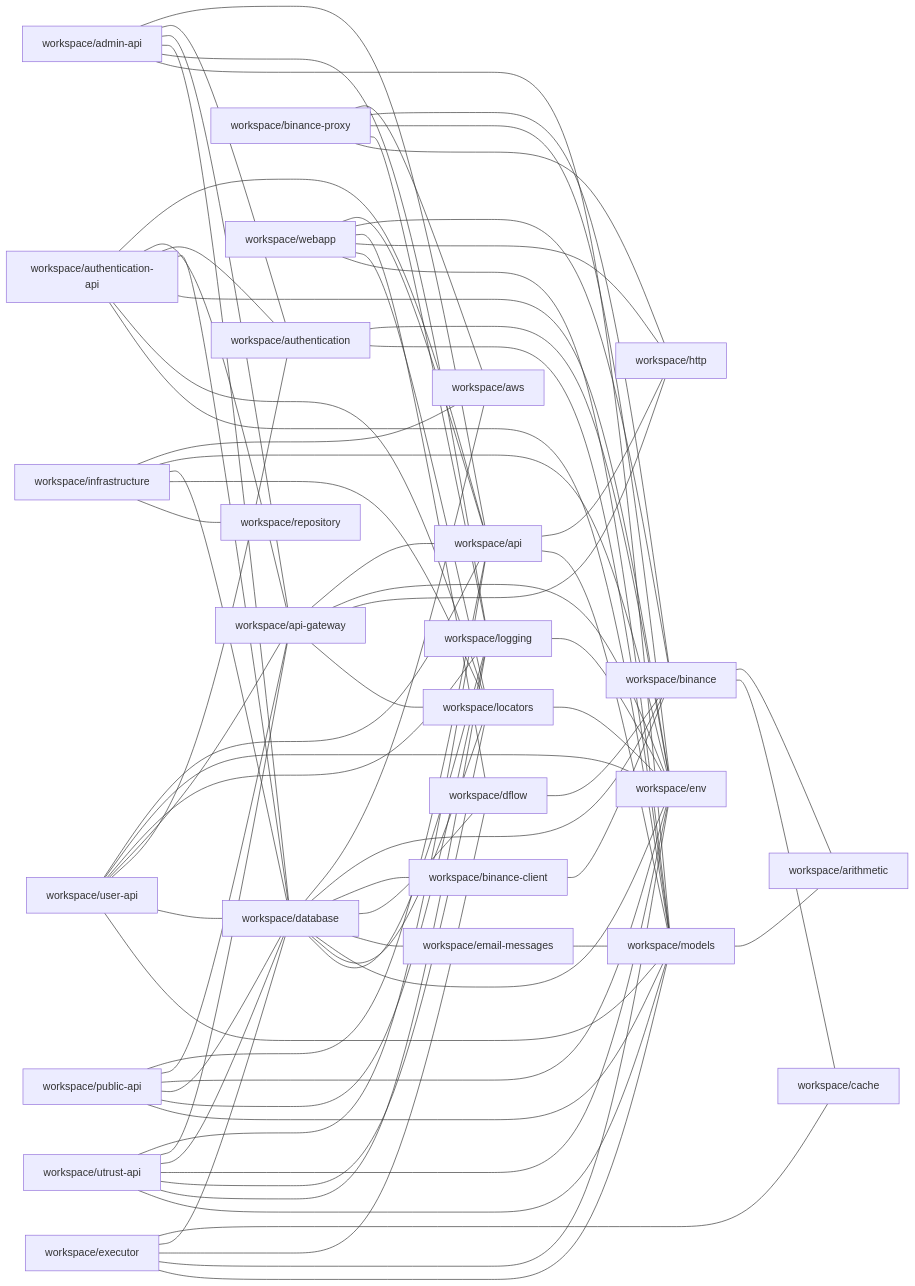
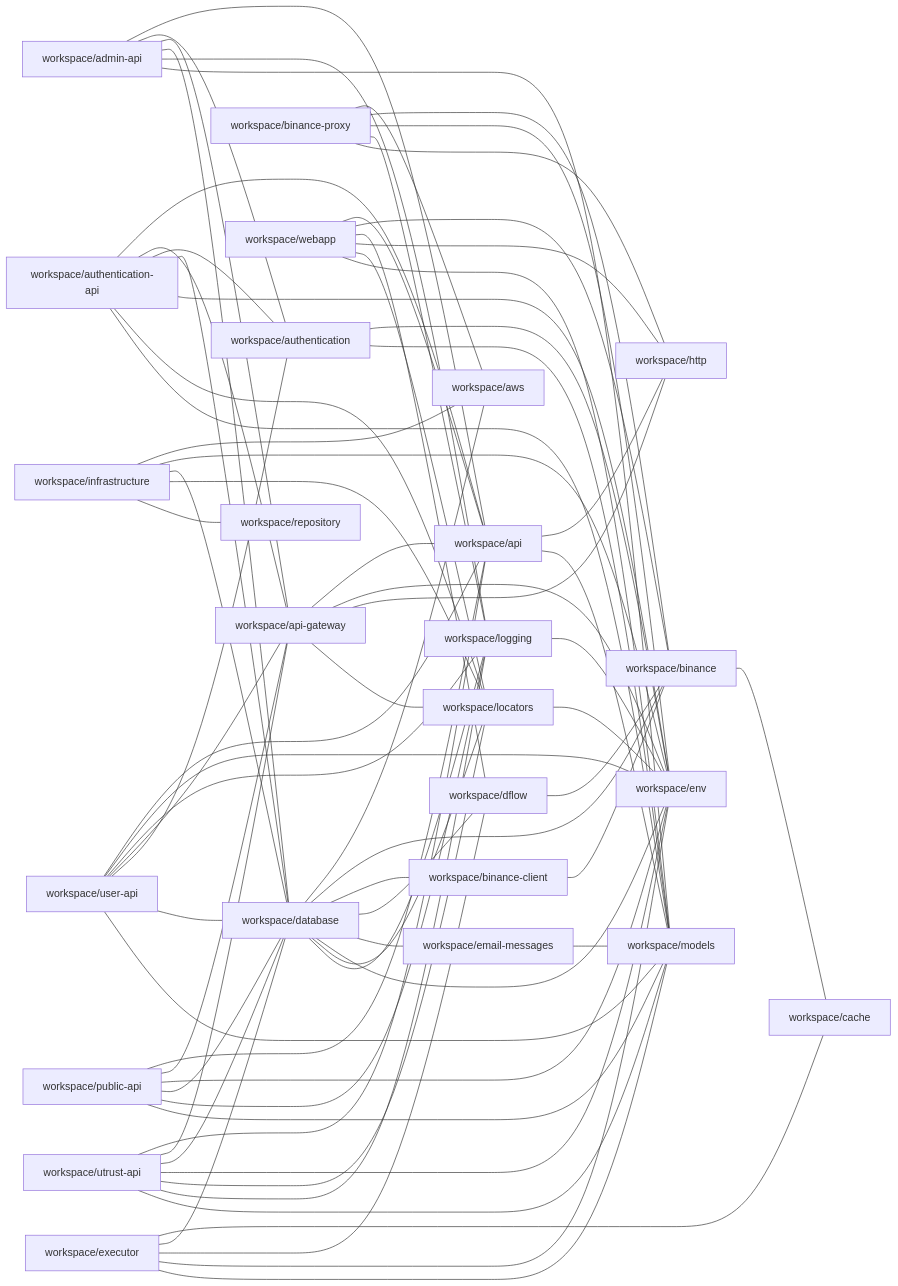
Before and after one commit to ggbot-org/ggbot: the diagram in docs/npm-dependencies.md, drawn with Mermaid. The commit also changed 10 other files, not shown here.

````diff
--- a/docs/npm-dependencies.md
+++ b/docs/npm-dependencies.md
@@ -5,81 +5,79 @@
 ```mermaid
 graph LR
     workspace/admin-api --- workspace/api
     workspace/admin-api --- workspace/authentication
     workspace/admin-api --- workspace/api-gateway
     workspace/admin-api --- workspace/database
     workspace/admin-api --- workspace/logging
     workspace/admin-api --- workspace/models
     workspace/api --- workspace/http
     workspace/api --- workspace/models
     workspace/api-gateway --- workspace/api
     workspace/api-gateway --- workspace/env
     workspace/api-gateway --- workspace/http
     workspace/api-gateway --- workspace/locators
     workspace/authentication --- workspace/env
     workspace/authentication --- workspace/models
     workspace/authentication-api --- workspace/api
     workspace/authentication-api --- workspace/api-gateway
     workspace/authentication-api --- workspace/authentication
     workspace/authentication-api --- workspace/database
     workspace/authentication-api --- workspace/env
     workspace/authentication-api --- workspace/locators
     workspace/authentication-api --- workspace/models
-    workspace/binance --- workspace/arithmetic
     workspace/binance --- workspace/cache
     workspace/binance-client --- workspace/binance
     workspace/binance-proxy --- workspace/aws
     workspace/binance-proxy --- workspace/binance
     workspace/binance-proxy --- workspace/env
     workspace/binance-proxy --- workspace/logging
     workspace/binance-proxy --- workspace/http
     workspace/database --- workspace/aws
     workspace/database --- workspace/binance
     workspace/database --- workspace/binance-client
     workspace/database --- workspace/dflow
     workspace/database --- workspace/email-messages
     workspace/database --- workspace/env
     workspace/database --- workspace/locators
     workspace/database --- workspace/logging
     workspace/dflow --- workspace/binance
     workspace/email-messages --- workspace/models
     workspace/executor --- workspace/cache
     workspace/executor --- workspace/database
     workspace/executor --- workspace/dflow
     workspace/executor --- workspace/env
     workspace/executor --- workspace/models
     workspace/infrastructure --- workspace/aws
     workspace/infrastructure --- workspace/env
     workspace/infrastructure --- workspace/database
     workspace/infrastructure --- workspace/locators
     workspace/infrastructure --- workspace/repository
     workspace/locators --- workspace/env
     workspace/logging --- workspace/env
-    workspace/models --- workspace/arithmetic
     workspace/public-api --- workspace/api
     workspace/public-api --- workspace/api-gateway
     workspace/public-api --- workspace/env
     workspace/public-api --- workspace/database
     workspace/public-api --- workspace/logging
     workspace/public-api --- workspace/models
     workspace/user-api --- workspace/api
     workspace/user-api --- workspace/env
     workspace/user-api --- workspace/logging
     workspace/user-api --- workspace/api-gateway
     workspace/user-api --- workspace/authentication
     workspace/user-api --- workspace/database
     workspace/user-api --- workspace/models
     workspace/utrust-api --- workspace/api
     workspace/utrust-api --- workspace/api-gateway
     workspace/utrust-api --- workspace/database
     workspace/utrust-api --- workspace/env
     workspace/utrust-api --- workspace/locators
     workspace/utrust-api --- workspace/logging
     workspace/utrust-api --- workspace/models
     workspace/webapp --- workspace/api
     workspace/webapp --- workspace/binance
     workspace/webapp --- workspace/dflow
     workspace/webapp --- workspace/http
     workspace/webapp --- workspace/locators
     workspace/webapp --- workspace/models
 ```
````
